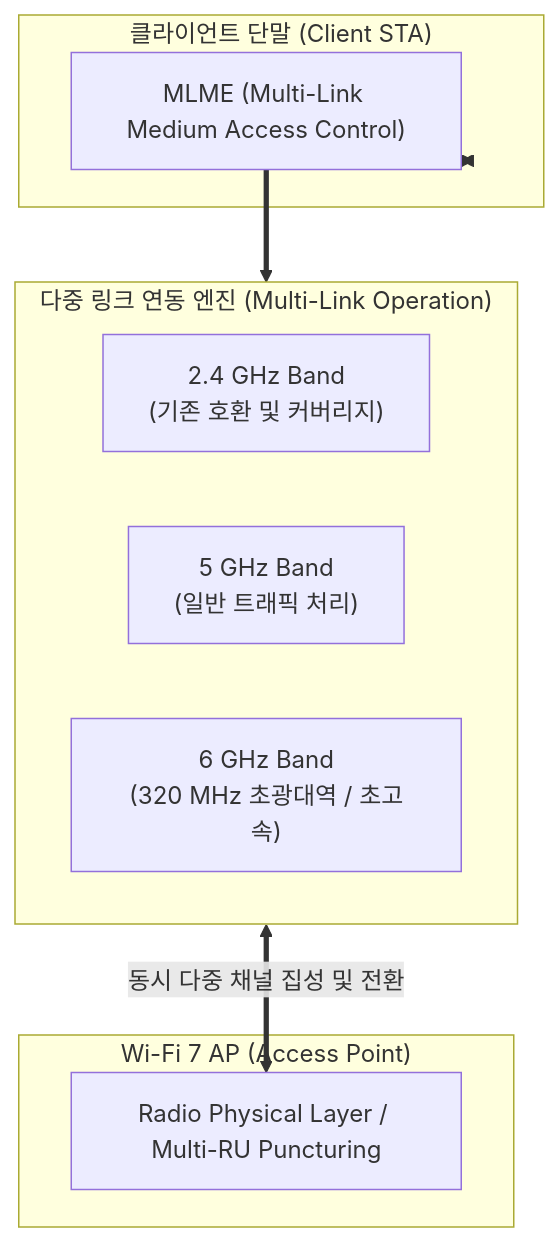
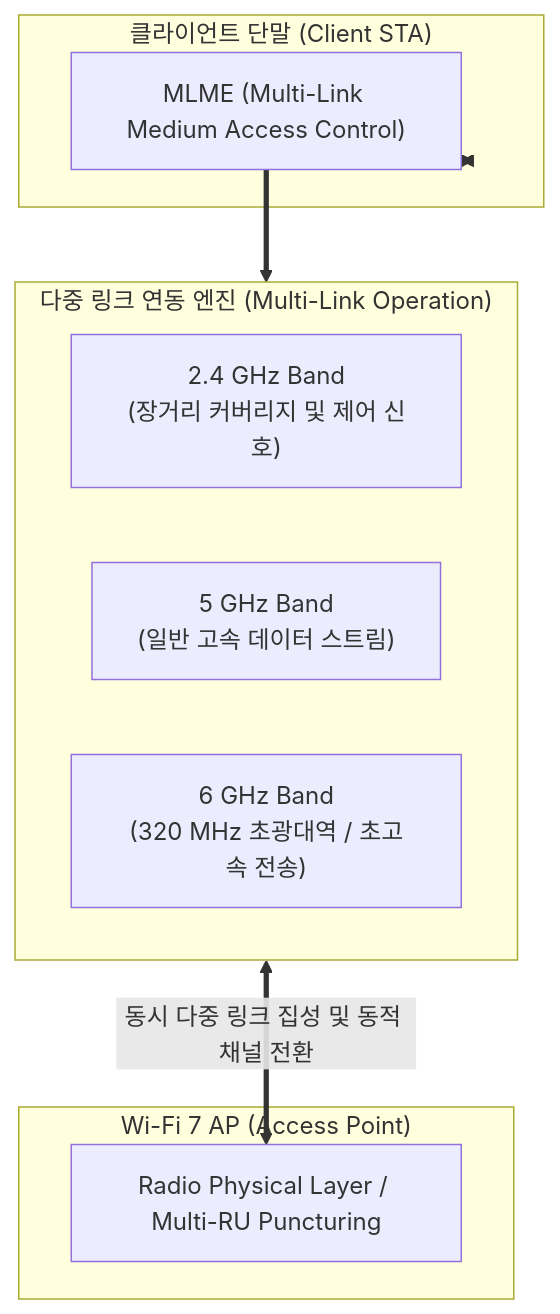
Before and after one commit to supremethumb/supremethumb.github.io: the diagram in content/01_IT Tech/Wi-Fi 7.md, drawn with Mermaid. The commit also changed other lines of this file and 362 other files, not shown here.

````diff
--- a/content/01_IT Tech/Wi-Fi 7.md
+++ b/content/01_IT Tech/Wi-Fi 7.md
@@ -23,22 +32,21 @@
 ```mermaid
 flowchart TB
     subgraph STA["클라이언트 단말 (Client STA)"]
         MAC["MLME (Multi-Link Medium Access Control)"]
     end
 
     subgraph MLO_Engine["다중 링크 연동 엔진 (Multi-Link Operation)"]
         direction LR
-        L_24["2.4 GHz Band<br/>(기존 호환 및 커버리지)"]
-        L_5["5 GHz Band<br/>(일반 트래픽 처리)"]
-        L_6["6 GHz Band<br/>(320 MHz 초광대역 / 초고속)"]
+        L_24["2.4 GHz Band<br/>(장거리 커버리지 및 제어 신호)"]
+        L_5["5 GHz Band<br/>(일반 고속 데이터 스트림)"]
+        L_6["6 GHz Band<br/>(320 MHz 초광대역 / 초고속 전송)"]
     end
 
     subgraph AP["Wi-Fi 7 AP (Access Point)"]
         PHY["Radio Physical Layer / Multi-RU Puncturing"]
     end
 
     STA <==> MAC
     MAC ==> MLO_Engine
-    MLO_Engine <== "동시 다중 채널 집성 및 전환" ==> PHY
-
+    MLO_Engine <== "동시 다중 링크 집성 및 동적 채널 전환" ==> PHY
 ```
````
